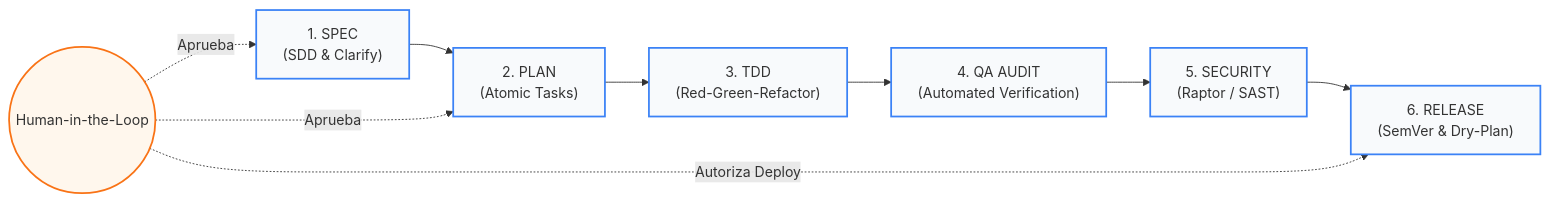
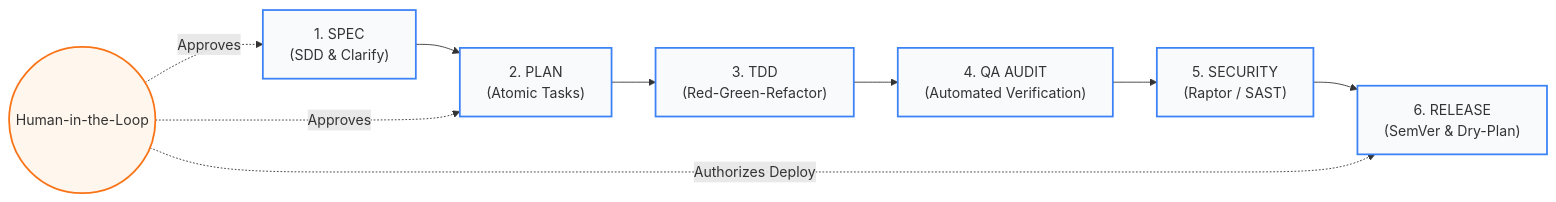
The first of 3 diagrams in README.md (jmblanco/agentic-engineering-framework), drawn with Mermaid before and after one commit. The commit also changed other lines of this file and 14 other files, not shown here.

````diff
--- a/README.md
+++ b/README.md
@@ -34,17 +34,17 @@
 ```mermaid
 flowchart LR
-    Fase1["1. SPEC<br/>(SDD & Clarify)"] --> Fase2["2. PLAN<br/>(Atomic Tasks)"]
-    Fase2 --> Fase3["3. TDD<br/>(Red-Green-Refactor)"]
-    Fase3 --> Fase4["4. QA AUDIT<br/>(Automated Verification)"]
-    Fase4 --> Fase5["5. SECURITY<br/>(Raptor / SAST)"]
-    Fase5 --> Fase6["6. RELEASE<br/>(SemVer & Dry-Plan)"]
+    Phase1["1. SPEC<br/>(SDD & Clarify)"] --> Phase2["2. PLAN<br/>(Atomic Tasks)"]
+    Phase2 --> Phase3["3. TDD<br/>(Red-Green-Refactor)"]
+    Phase3 --> Phase4["4. QA AUDIT<br/>(Automated Verification)"]
+    Phase4 --> Phase5["5. SECURITY<br/>(Raptor / SAST)"]
+    Phase5 --> Phase6["6. RELEASE<br/>(SemVer & Dry-Plan)"]
     
-    Human((Human-in-the-Loop)) -.->|"Aprueba"| Fase1
-    Human -.->|"Aprueba"| Fase2
-    Human -.->|"Autoriza Deploy"| Fase6
+    Human((Human-in-the-Loop)) -.->|"Approves"| Phase1
+    Human -.->|"Approves"| Phase2
+    Human -.->|"Authorizes Deploy"| Phase6
 
     classDef stage fill:#f8fafc,stroke:#3b82f6,stroke-width:2px;
     classDef human fill:#fff7ed,stroke:#f97316,stroke-width:2px;
-    class Fase1,Fase2,Fase3,Fase4,Fase5,Fase6 stage;
+    class Phase1,Phase2,Phase3,Phase4,Phase5,Phase6 stage;
     class Human human;
 ```
````
